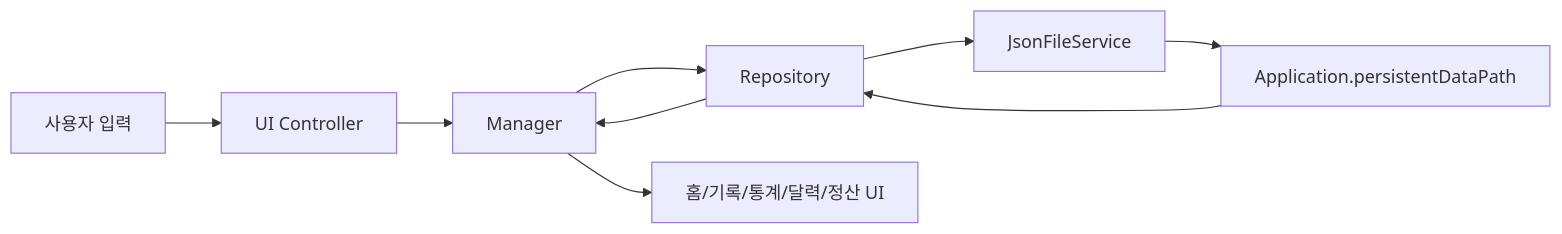
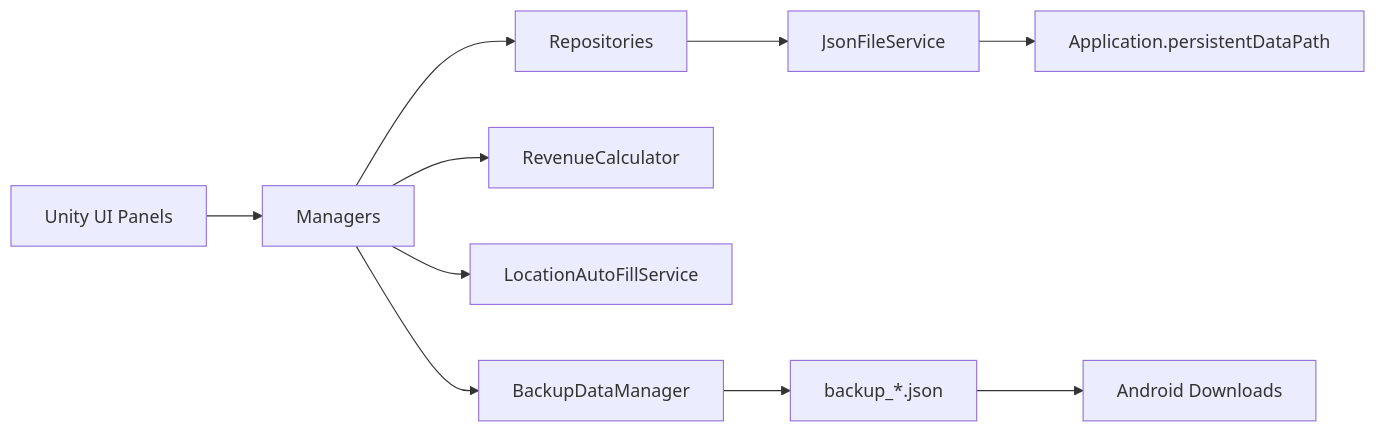
The diagram in README.md (seongyeop-dev/quik_delivery), drawn with Mermaid before and after one commit. The commit also changed other lines of this file and 49 other files, not shown here.

````diff
--- a/README.md
+++ b/README.md
@@ -39,12 +93,14 @@
 ```mermaid
 flowchart LR
-    A[사용자 입력] --> B[UI Controller]
-    B --> C[Manager]
-    C --> D[Repository]
-    D --> E[JsonFileService]
-    E --> F[Application.persistentDataPath]
+    A[Unity UI Panels] --> B[Managers]
+    B --> C[Repositories]
+    C --> D[JsonFileService]
+    D --> E[Application.persistentDataPath]
 
-    F --> D
-    D --> C
-    C --> G[홈/기록/통계/달력/정산 UI]
+    B --> F[RevenueCalculator]
+    B --> G[LocationAutoFillService]
+    B --> H[BackupDataManager]
+
+    H --> I[backup_*.json]
+    I --> J[Android Downloads]
 ```
````
